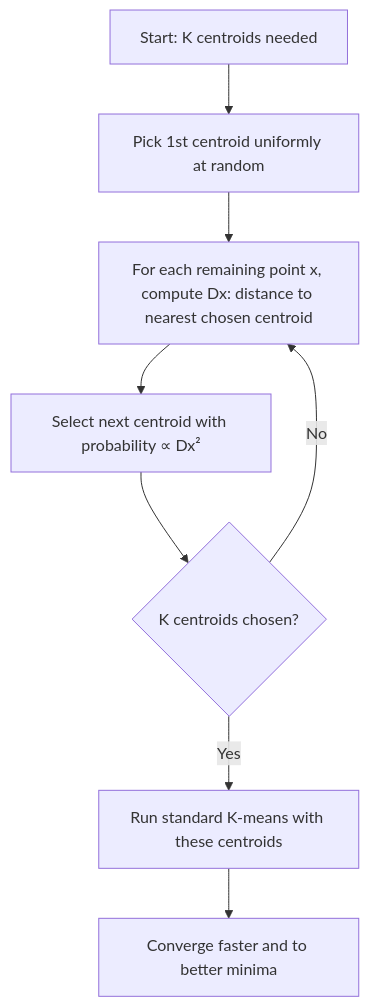
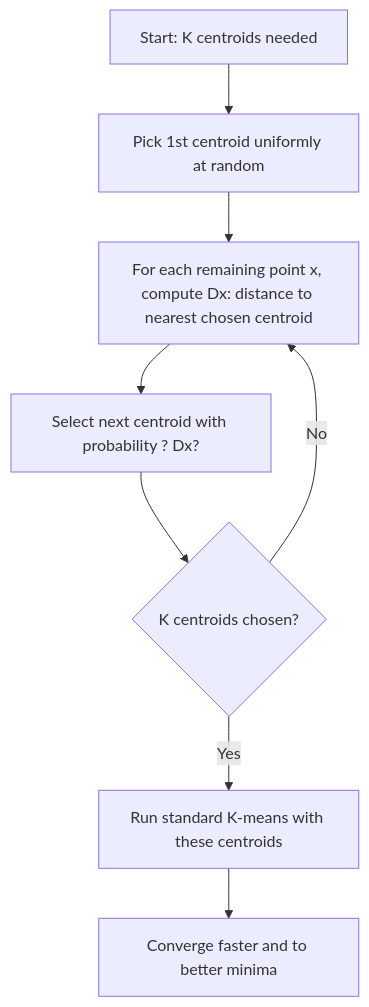
The second of 5 diagrams in docs/courses/machine-learning/08-unsupervised-learning.md (Raushan666java/ai-engineering-journey), drawn with Mermaid before and after one commit. The commit also changed other lines of this file and 790 other files, not shown here.

Commit message:
Sync all course diagram renders and content updates

````diff
--- a/docs/courses/machine-learning/08-unsupervised-learning.md
+++ b/docs/courses/machine-learning/08-unsupervised-learning.md
@@ -92,10 +92,10 @@
 ```mermaid
 flowchart TD
     A[Start: K centroids needed] --> B[Pick 1st centroid uniformly at random]
     B --> C[For each remaining point x, compute Dx: distance to nearest chosen centroid]
-    C --> D[Select next centroid with probability ∝ Dx²]
+    C --> D[Select next centroid with probability ? Dx?]
     D --> E{K centroids chosen?}
     E -- No --> C
     E -- Yes --> F[Run standard K-means with these centroids]
     F --> G[Converge faster and to better minima]
 ```
````
